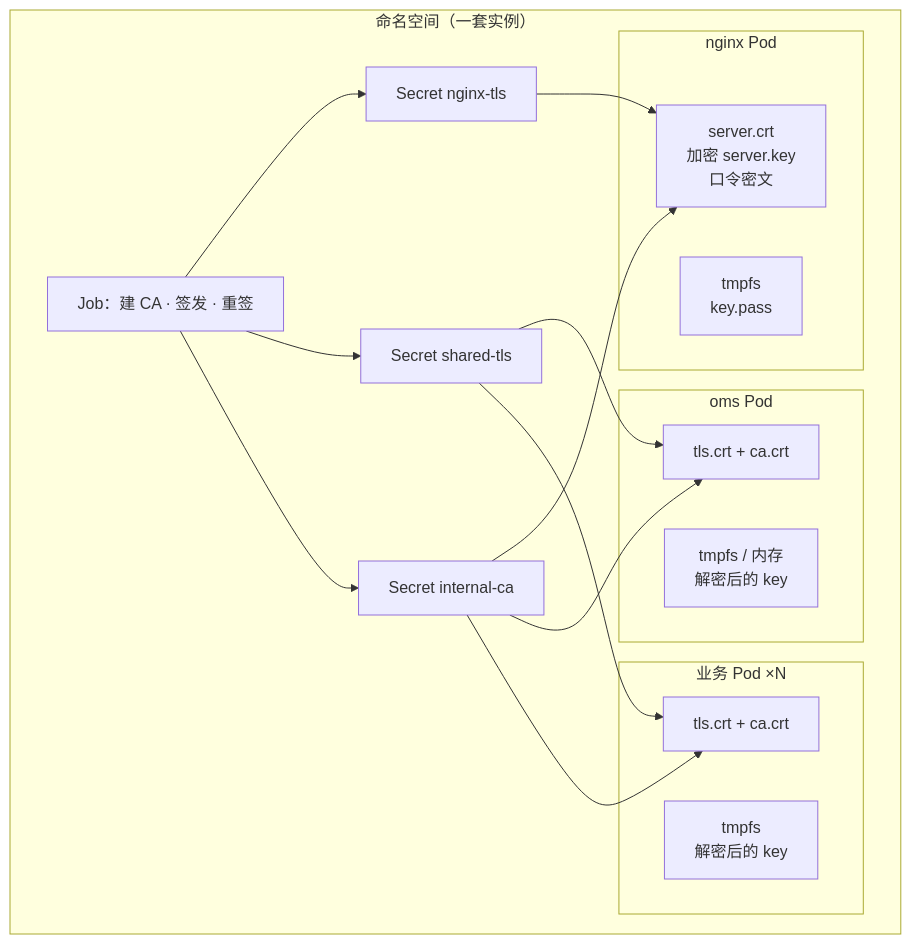
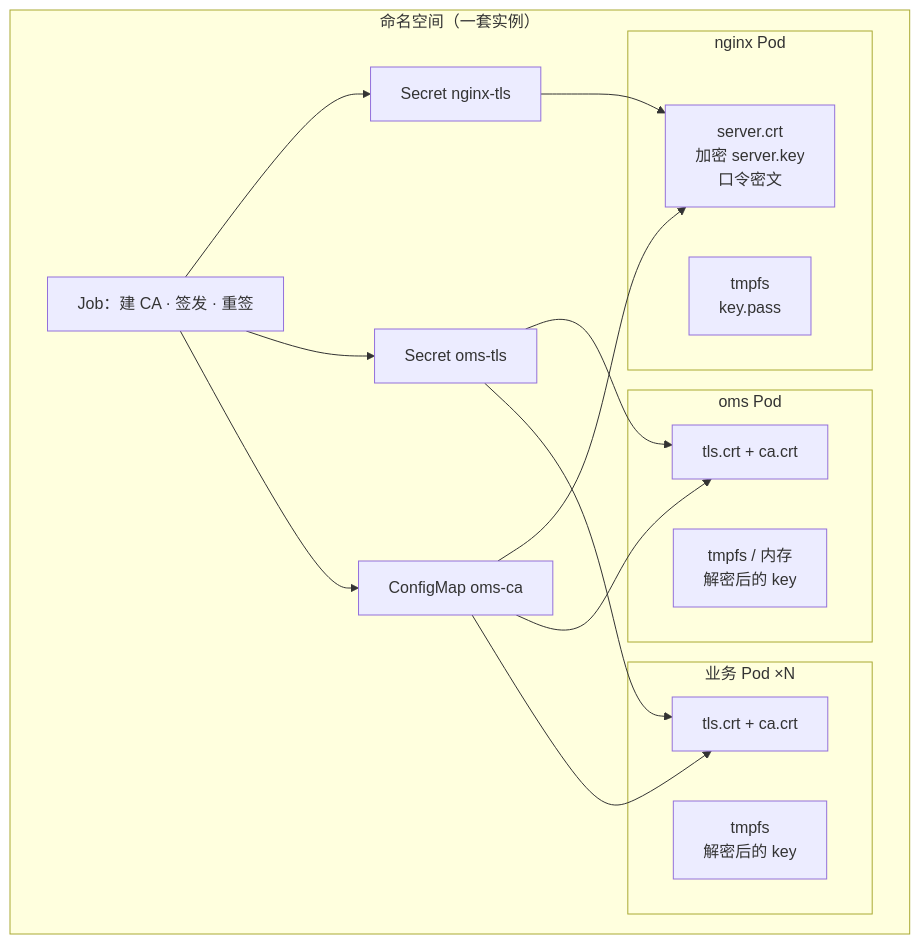
The tenth of 16 diagrams in design/OMS-总体设计-精炼版.md (HaoruiSong622/OMS), drawn with Mermaid before and after one commit. The commit also changed other lines of this file and 1 other file, not shown here.

````diff
--- a/design/OMS-总体设计-精炼版.md
+++ b/design/OMS-总体设计-精炼版.md
@@ -736,30 +797,30 @@
 ```mermaid
 flowchart TB
   subgraph NS["命名空间（一套实例）"]
     subgraph NG["nginx Pod"]
       NC["server.crt<br/>加密 server.key<br/>口令密文"]
       NT["tmpfs<br/>key.pass"]
     end
     subgraph AP["oms Pod"]
       AC["tls.crt + ca.crt"]
       AT["tmpfs / 内存<br/>解密后的 key"]
     end
     subgraph BZ["业务 Pod ×N"]
       BC["tls.crt + ca.crt"]
       BT["tmpfs<br/>解密后的 key"]
     end
     SN["Secret nginx-tls"]
-    SS["Secret shared-tls"]
-    CA["Secret internal-ca"]
+    SS["Secret oms-tls"]
+    CA["ConfigMap oms-ca"]
     JOB["Job：建 CA · 签发 · 重签"]
     SN --> NC
     SS --> AC
     SS --> BC
     CA --> NC
     CA --> AC
     CA --> BC
     JOB --> SN
     JOB --> SS
     JOB --> CA
   end
 ```
````
